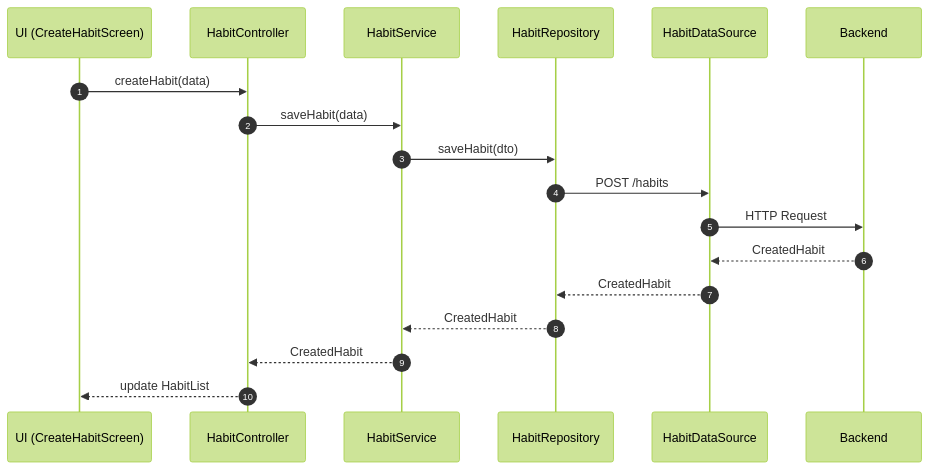
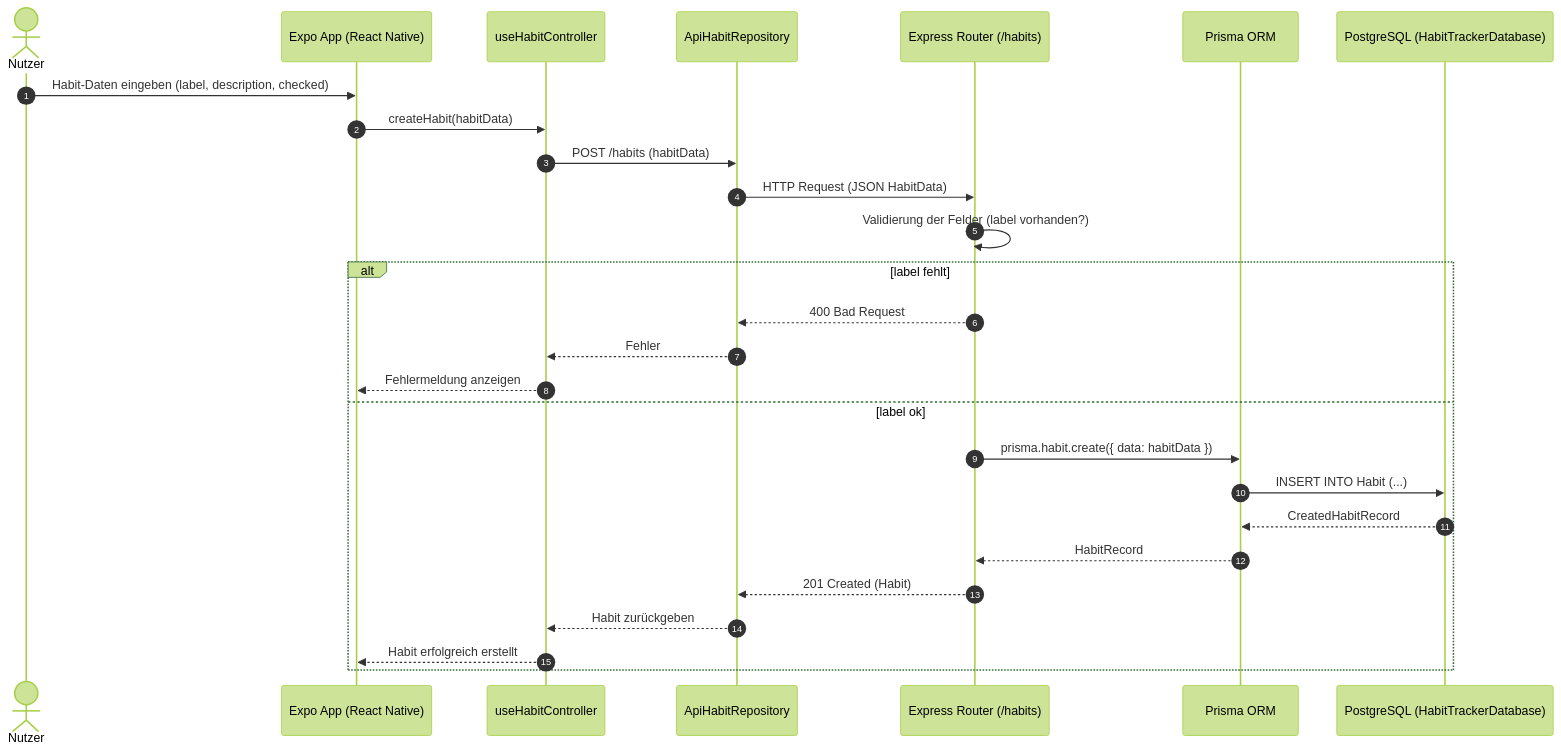
Before and after one commit to kimi-xi/diagram_demo: the third of 6 diagrams in sequenzdiagramme.adoc, drawn with Mermaid (forest theme). The commit also changed other lines of this file, not shown here.

Commit message:
Refactor sequence diagrams for login and habits

```diff
--- a/sequenzdiagramme.adoc
+++ b/sequenzdiagramme.adoc
@@ -78,22 +96,34 @@
 [mermaid]
 ----
 sequenceDiagram
     autonumber
-    participant UI as UI (CreateHabitScreen)
-    participant HC as HabitController
-    participant HS as HabitService
-    participant HR as HabitRepository
-    participant DS as HabitDataSource
-    participant BE as Backend
+    actor Nutzer as Nutzer
+    participant Expo as Expo App (React Native)
+    participant FEHabit as useHabitController
+    participant ApiRepo as ApiHabitRepository
+    participant Express as Express Router (/habits)
+    participant Prisma as Prisma ORM
+    participant PG as PostgreSQL (HabitTrackerDatabase)
 
-    UI->>HC: createHabit(data)
-    HC->>HS: saveHabit(data)
-    HS->>HR: saveHabit(dto)
-    HR->>DS: POST /habits
-    DS->>BE: HTTP Request
-    BE-->>DS: CreatedHabit
-    DS-->>HR: CreatedHabit
-    HR-->>HS: CreatedHabit
-    HS-->>HC: CreatedHabit
-    HC-->>UI: update HabitList
+    Nutzer->>Expo: Habit-Daten eingeben (label, description, checked)
+    Expo->>FEHabit: createHabit(habitData)
+    FEHabit->>ApiRepo: POST /habits (habitData)
+
+    ApiRepo->>Express: HTTP Request (JSON HabitData)
+    Express->>Express: Validierung der Felder (label vorhanden?)
+
+    alt label fehlt
+        Express-->>ApiRepo: 400 Bad Request
+        ApiRepo-->>FEHabit: Fehler
+        FEHabit-->>Expo: Fehlermeldung anzeigen
+    else label ok
+        Express->>Prisma: prisma.habit.create({ data: habitData })
+        Prisma->>PG: INSERT INTO Habit (...)
+        PG-->>Prisma: CreatedHabitRecord
+        Prisma-->>Express: HabitRecord
+
+        Express-->>ApiRepo: 201 Created (Habit)
+        ApiRepo-->>FEHabit: Habit zurückgeben
+        FEHabit-->>Expo: Habit erfolgreich erstellt
+    end
 ----
```
